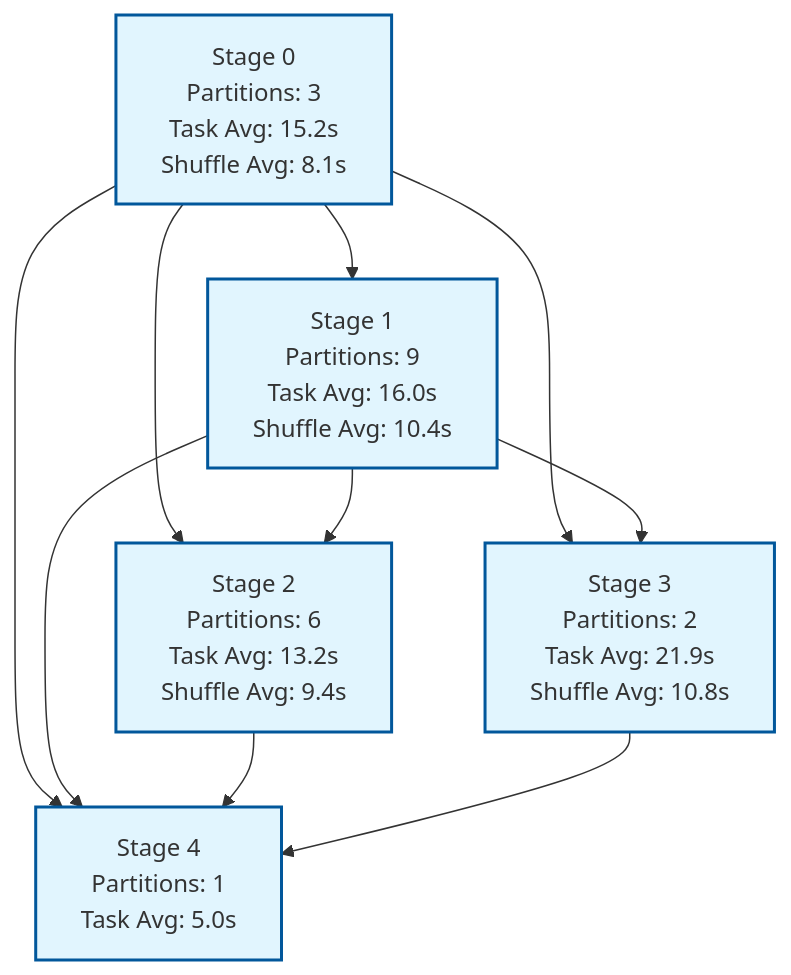
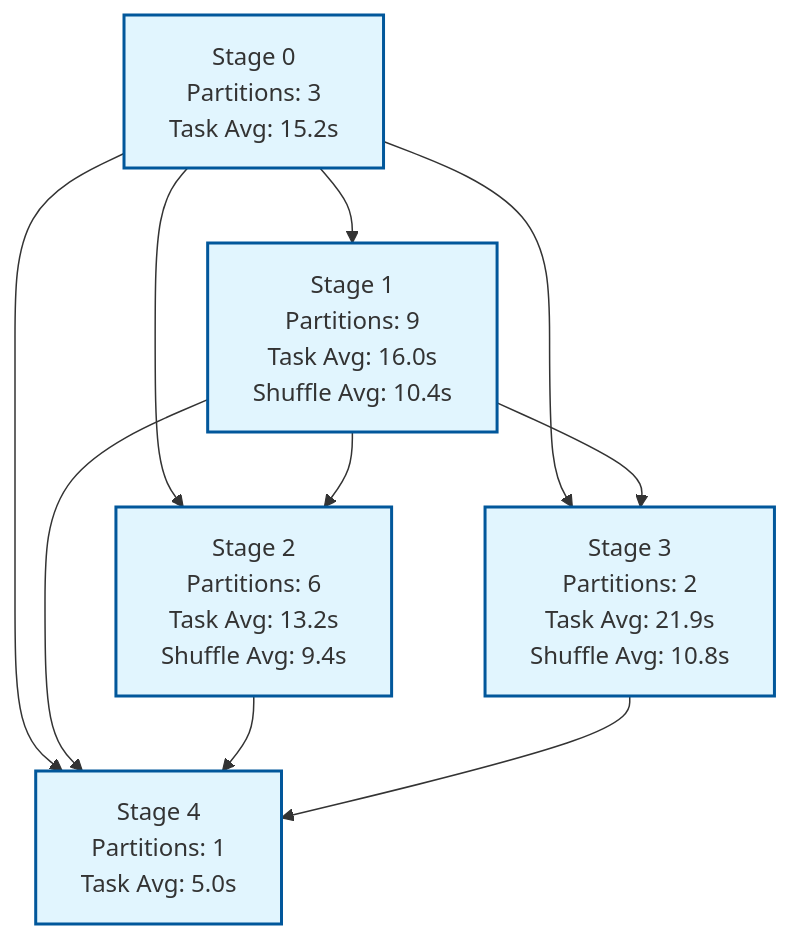
Before and after one commit to fhalde/fauxspark: the diagram in examples/generated/run4/README.md, drawn with Mermaid. The commit also changed 4 other files, not shown here.

````diff
--- a/examples/generated/run4/README.md
+++ b/examples/generated/run4/README.md
@@ -9,15 +9,15 @@
 ```mermaid
 graph TD
-    Stage0["Stage 0<br/>Partitions: 3<br/>Task Avg: 15.2s<br/>Shuffle Avg: 8.1s"] --> Stage1["Stage 1<br/>Partitions: 9<br/>Task Avg: 16.0s<br/>Shuffle Avg: 10.4s"]
+    Stage0["Stage 0<br/>Partitions: 3<br/>Task Avg: 15.2s"] --> Stage1["Stage 1<br/>Partitions: 9<br/>Task Avg: 16.0s<br/>Shuffle Avg: 10.4s"]
     Stage0 --> Stage2["Stage 2<br/>Partitions: 6<br/>Task Avg: 13.2s<br/>Shuffle Avg: 9.4s"]
     Stage1 --> Stage2
     Stage0 --> Stage3["Stage 3<br/>Partitions: 2<br/>Task Avg: 21.9s<br/>Shuffle Avg: 10.8s"]
     Stage1 --> Stage3
     Stage0 --> Stage4["Stage 4<br/>Partitions: 1<br/>Task Avg: 5.0s"]
     Stage1 --> Stage4
     Stage2 --> Stage4
     Stage3 --> Stage4
 
     classDef stageBox fill:#e1f5fe,stroke:#01579b,stroke-width:2px
     class Stage0,Stage1,Stage2,Stage3,Stage4 stageBox
 ```
````
